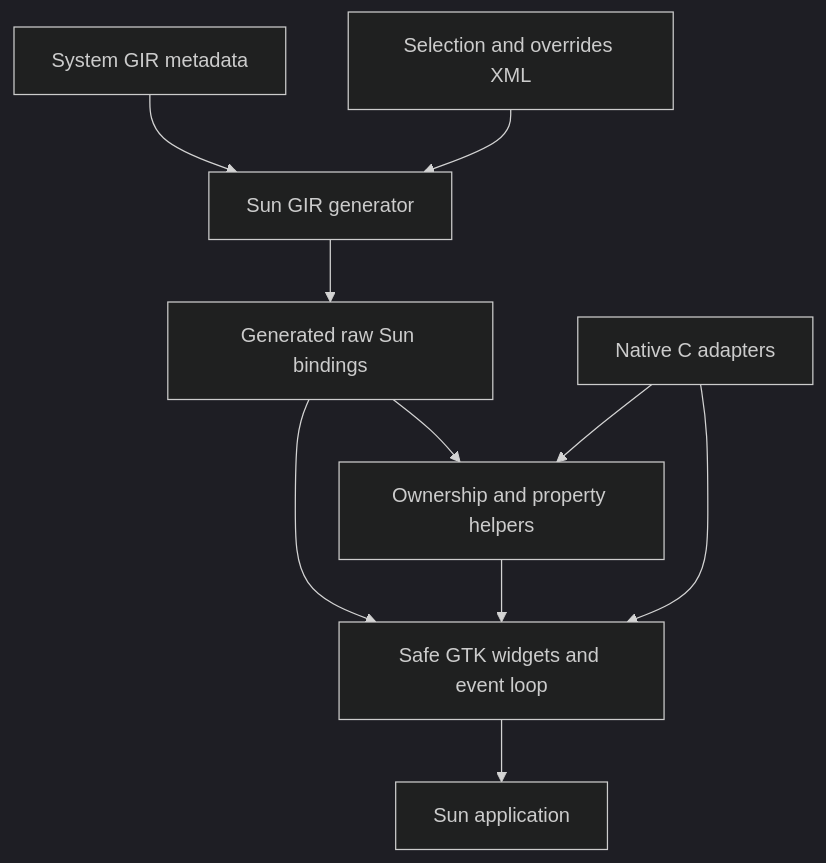
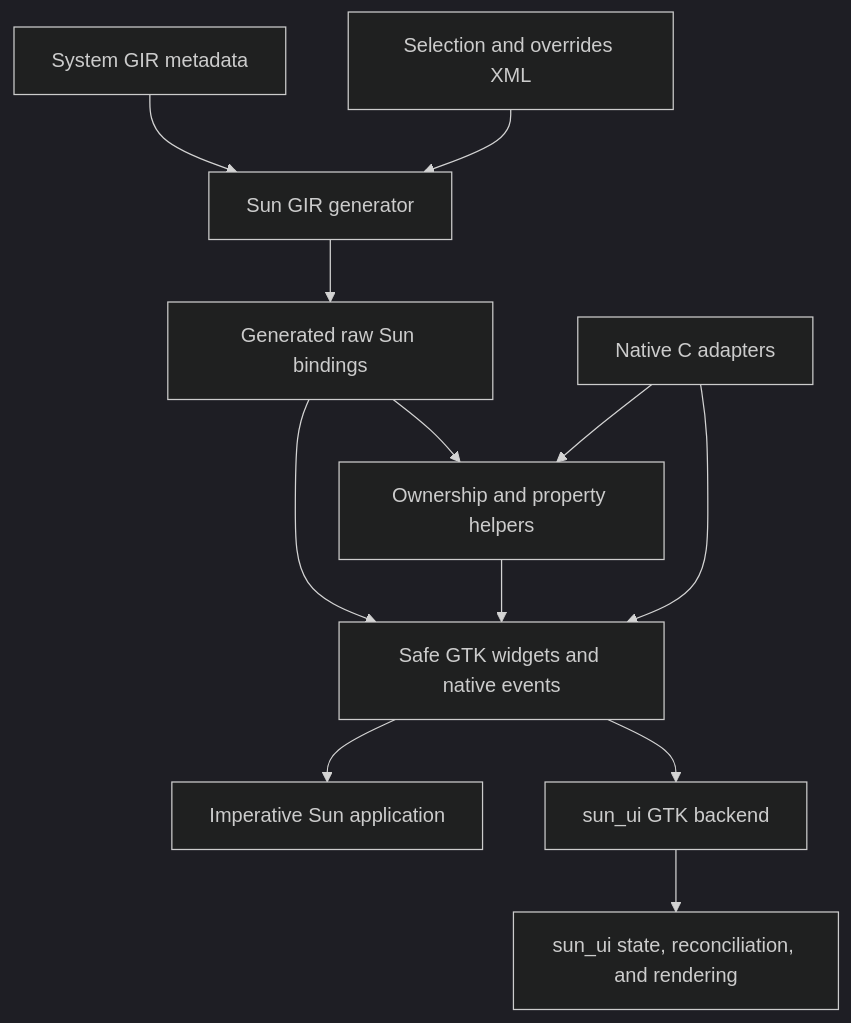
Before and after one commit to namo-robotics/sun_gobject: the diagram in README.md, drawn with Mermaid (dark theme). The commit also changed other lines of this file and 5 other files, not shown here.

Commit message:
docs: enhance README and examples for GTK integration and event handling feat: add GTK box management and event queue functionality test: implement native queue tests for event delivery and widget ownership

````diff
--- a/README.md
+++ b/README.md
@@ -109,12 +133,14 @@
 ```mermaid
 flowchart TD
     GIR[System GIR metadata] --> Generator[Sun GIR generator]
     Config[Selection and overrides XML] --> Generator
     Generator --> Raw[Generated raw Sun bindings]
     Raw --> Support[Ownership and property helpers]
-    Raw --> GTK[Safe GTK widgets and event loop]
+    Raw --> GTK[Safe GTK widgets and native events]
     Support --> GTK
     Native[Native C adapters] --> Support
     Native --> GTK
-    GTK --> App[Sun application]
+    GTK --> App[Imperative Sun application]
+    GTK --> UI[sun_ui GTK backend]
+    UI --> Session[sun_ui state, reconciliation, and rendering]
 ```
````
